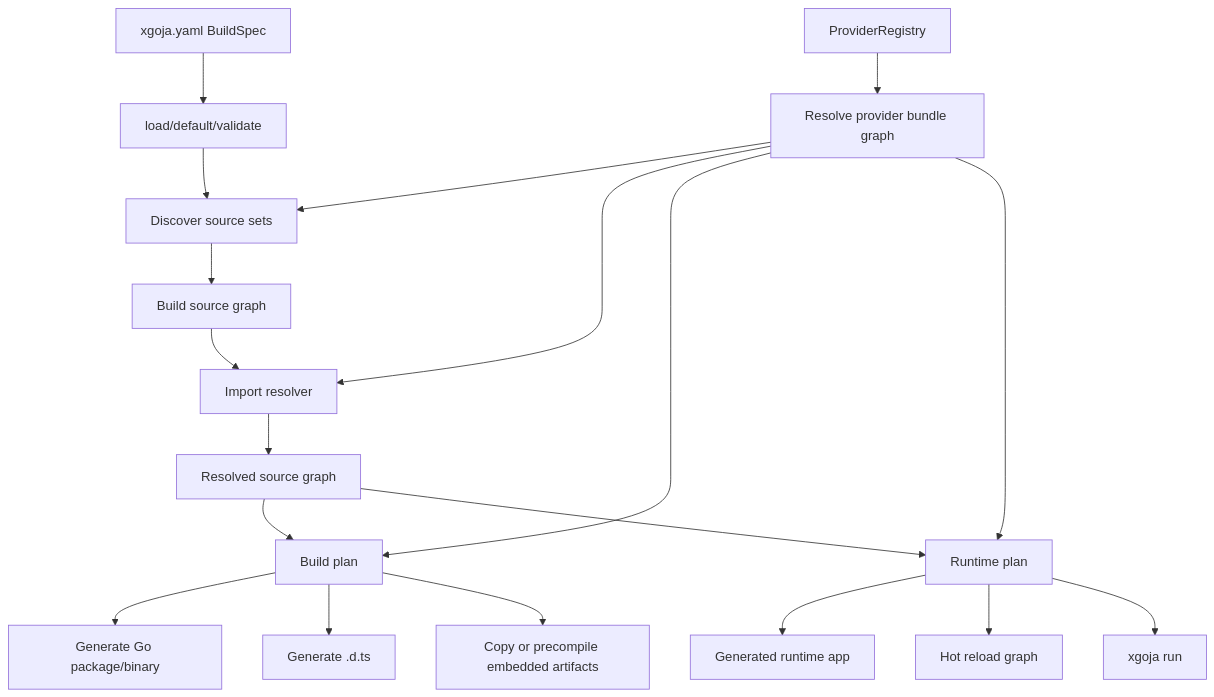
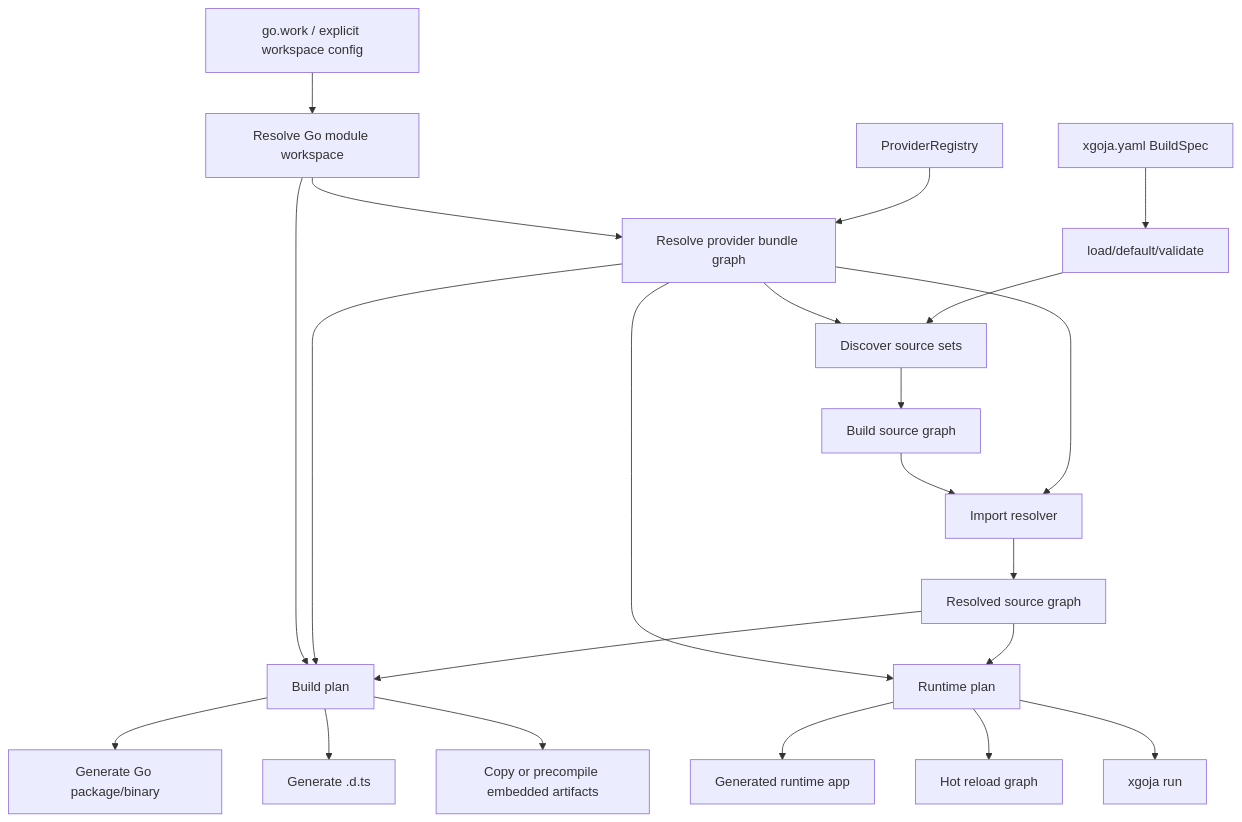
Before and after one commit to go-go-golems/go-go-goja: the first of 4 diagrams in ttmp/2026/06/12/XGOJA-ARCH-001--xgoja-source-graph-and-bundler-architecture/design/01-xgoja-source-graph-and-bundler-architecture.md, drawn with Mermaid. The commit also changed other lines of this file and 3 other files, not shown here.

Commit message:
docs: add workspace resolution to xgoja architecture

````diff
--- a/ttmp/2026/06/12/XGOJA-ARCH-001--xgoja-source-graph-and-bundler-architecture/design/01-xgoja-source-graph-and-bundler-architecture.md
+++ b/ttmp/2026/06/12/XGOJA-ARCH-001--xgoja-source-graph-and-bundler-architecture/design/01-xgoja-source-graph-and-bundler-architecture.md
@@ -223,22 +234,25 @@
 ```mermaid
 flowchart TD
     Spec[xgoja.yaml BuildSpec] --> Normalize[load/default/validate]
     Providers[ProviderRegistry] --> ProviderGraph[Resolve provider bundle graph]
     Normalize --> SourceDiscovery[Discover source sets]
+    Workspace[go.work / explicit workspace config] --> GoResolver[Resolve Go module workspace]
     ProviderGraph --> SourceDiscovery
+    GoResolver --> ProviderGraph
     SourceDiscovery --> SourceGraph[Build source graph]
     ProviderGraph --> Resolver[Import resolver]
     SourceGraph --> Resolver
     Resolver --> PlannedGraph[Resolved source graph]
     PlannedGraph --> BuildPlan[Build plan]
     PlannedGraph --> RuntimePlan[Runtime plan]
     ProviderGraph --> BuildPlan
+    GoResolver --> BuildPlan
     ProviderGraph --> RuntimePlan
 
     BuildPlan --> Generate[Generate Go package/binary]
     BuildPlan --> DTS[Generate .d.ts]
     BuildPlan --> Embedded[Copy or precompile embedded artifacts]
     RuntimePlan --> AppRuntime[Generated runtime app]
     RuntimePlan --> HotReload[Hot reload graph]
     RuntimePlan --> Run[xgoja run]
 ```
````
